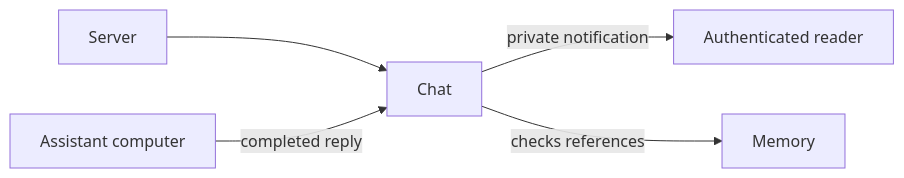
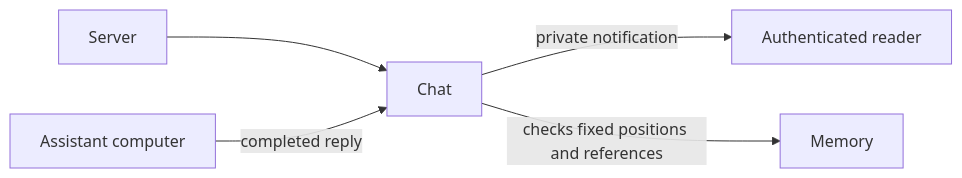
Before and after one commit to elewa-git/opencrane-new: the diagram in docs/process/p4-15-pr3j/README.md, drawn with Mermaid. The commit also changed other lines of this file and 8 other files, not shown here.

````diff
--- a/docs/process/p4-15-pr3j/README.md
+++ b/docs/process/p4-15-pr3j/README.md
@@ -11,7 +11,7 @@
 ```mermaid
 flowchart LR
   server["Server"] --> chat["Chat"]
   computer["Assistant computer"] -->|completed reply| chat
   chat -->|private notification| reader["Authenticated reader"]
-  chat -->|checks references| memory["Memory"]
+  chat -->|checks fixed positions and references| memory["Memory"]
 ```
````
